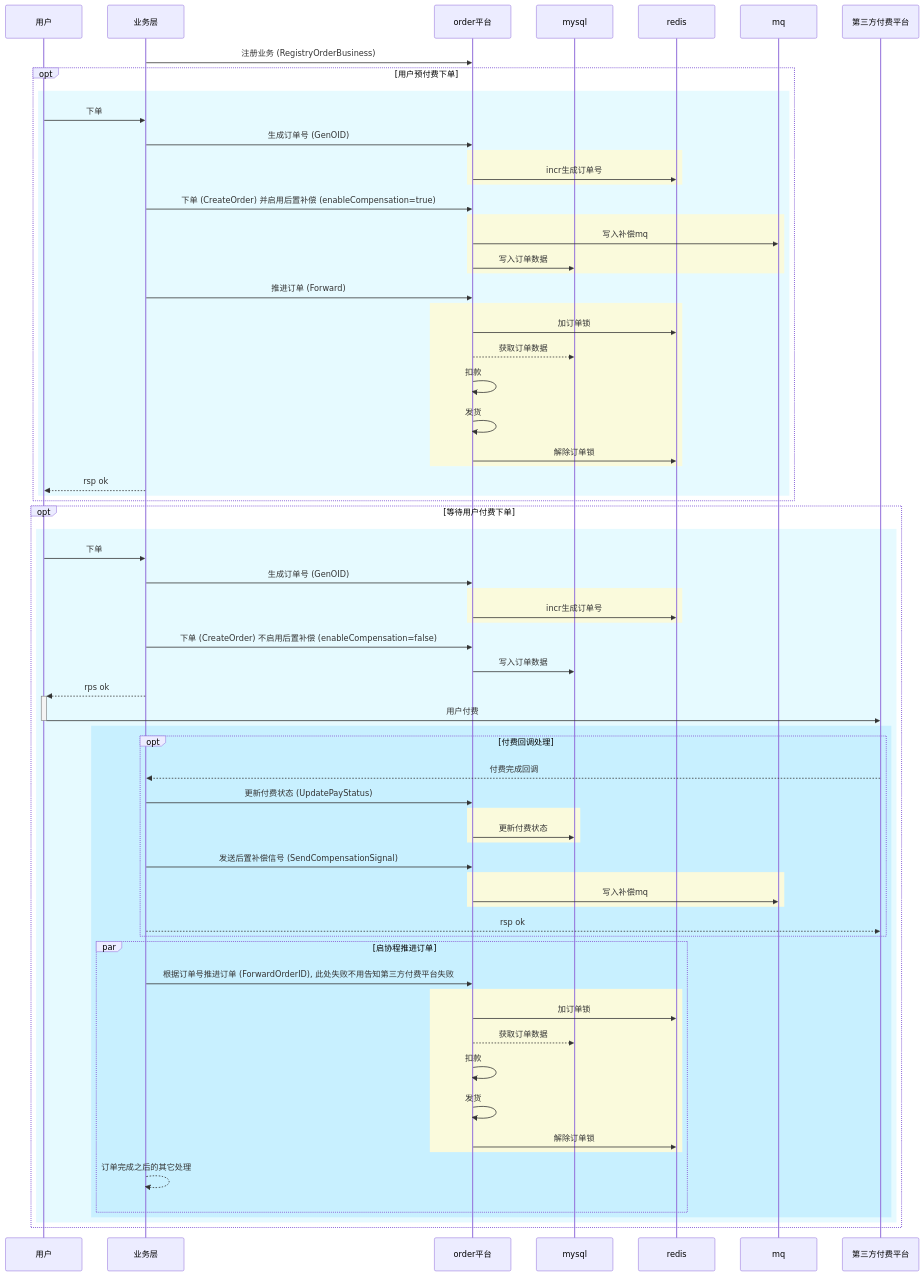
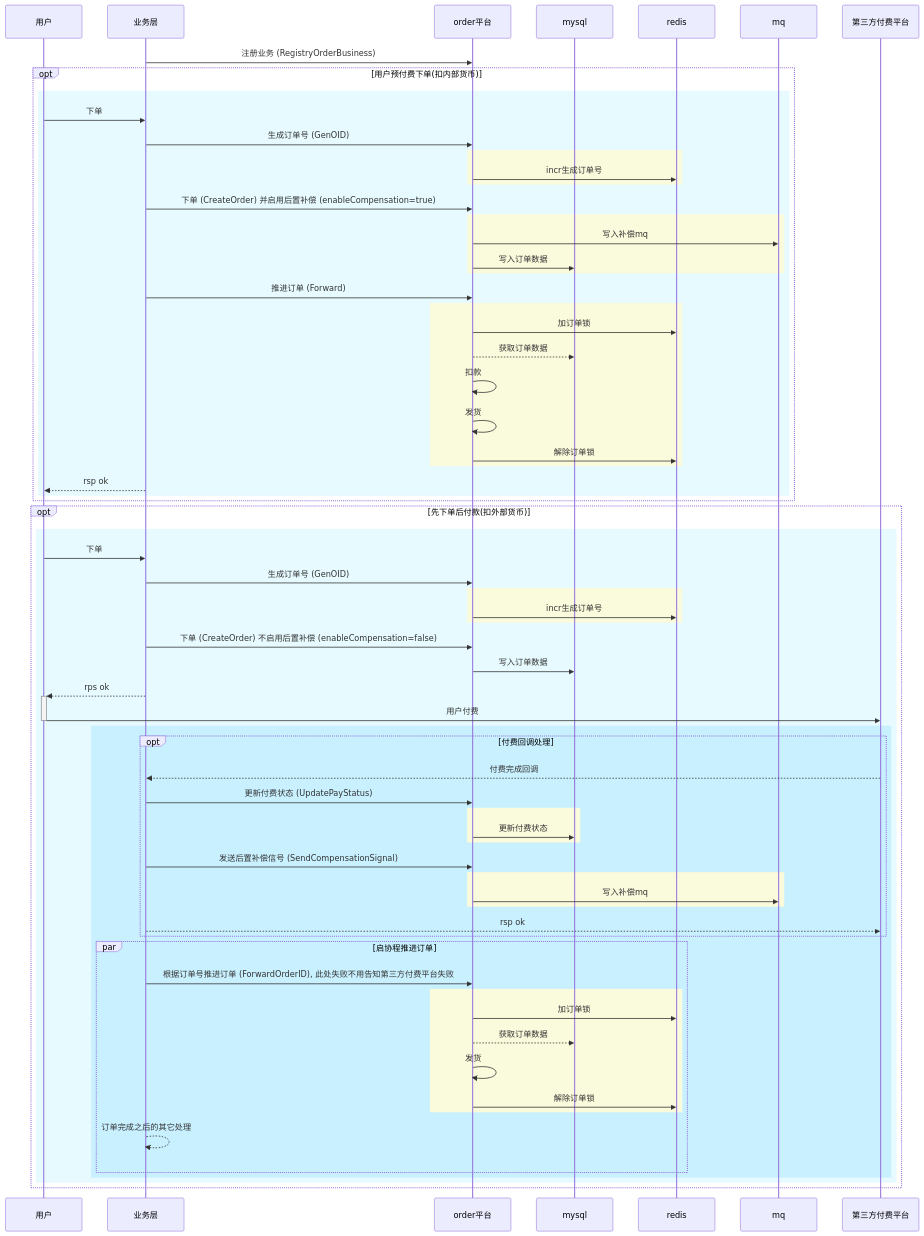
One commit to zlyuancn/order changed the second of 2 diagrams in readme.md. Above: the diagram before and after it, drawn with Mermaid. The commit also changed other lines of this file, not shown here.

```diff
--- a/readme.md
+++ b/readme.md
@@ -135,7 +135,7 @@
 
 a ->> b: 注册业务 (RegistryOrderBusiness)
 
-opt 用户预付费下单
+opt 用户预付费下单(扣内部货币)
 rect rgb(230, 250, 255)
 u ->> a: 下单
 a ->> b: 生成订单号 (GenOID)
@@ -161,7 +161,7 @@
 end
 end
 
-opt 等待用户付费下单
+opt 先下单后付款(扣外部货币)
 rect rgb(230, 250, 255)
 u ->> a: 下单
 a ->> b: 生成订单号 (GenOID)
@@ -197,7 +197,6 @@
     rect rgb(250, 250, 220)
     b ->> d: 加订单锁
     b -->> c: 获取订单数据
-    b ->> b: 扣款
     b ->> b: 发货
     b ->> d: 解除订单锁
     end
```
